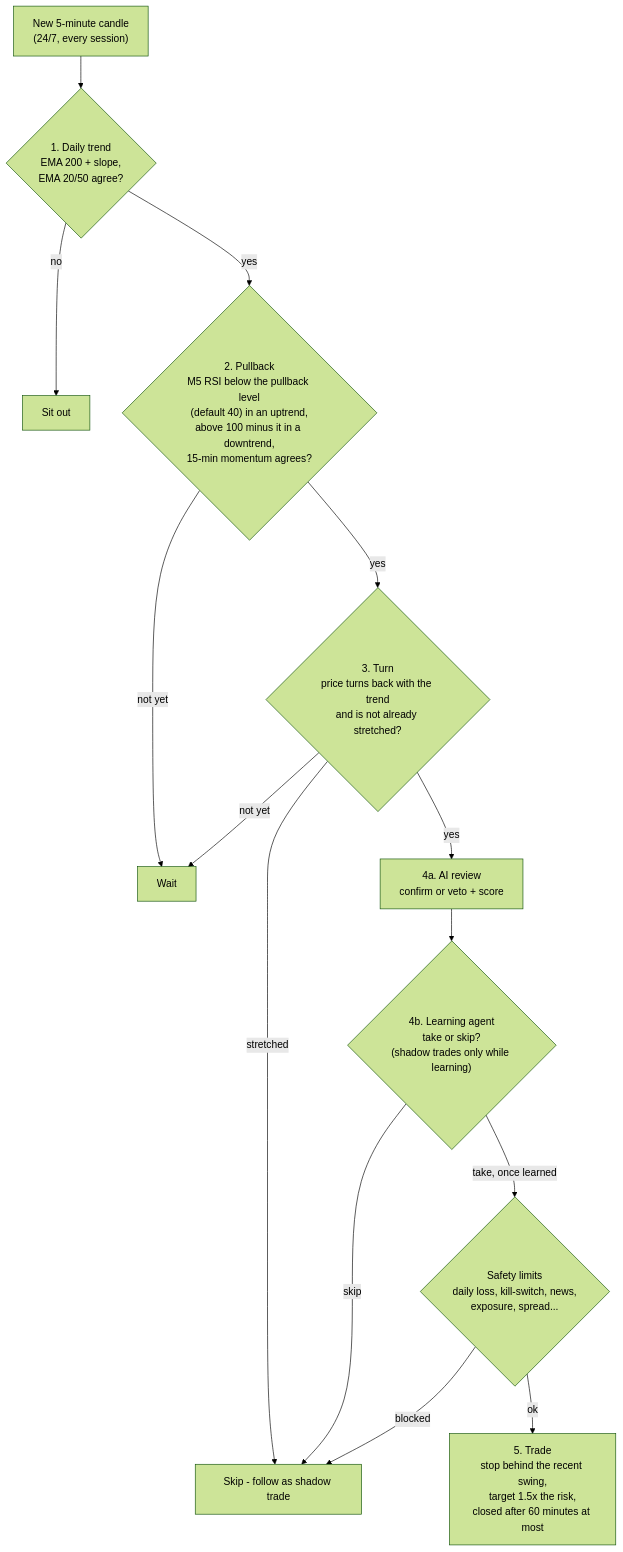
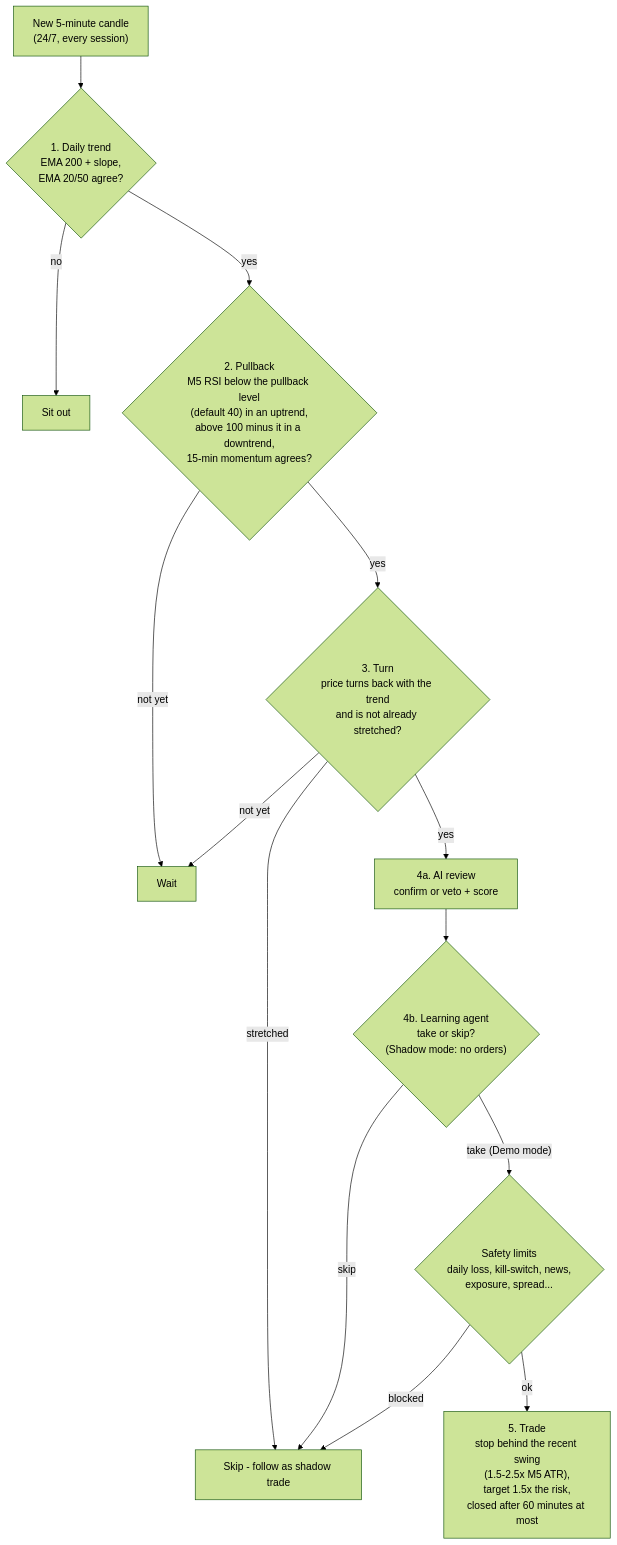
One commit to Hassnain829/Trading-Agent- changed the first of 3 diagrams in README.md. Above: the diagram before and after it, drawn with Mermaid (forest theme). The commit also changed other lines of this file and 29 other files, not shown here.

````diff
--- a/README.md
+++ b/README.md
@@ -62,16 +62,16 @@
 ```mermaid
 flowchart TD
     A["New 5-minute candle<br/>(24/7, every session)"] --> B{"1. Daily trend<br/>EMA 200 + slope,<br/>EMA 20/50 agree?"}
     B -- no --> X1["Sit out"]
     B -- yes --> C{"2. Pullback<br/>M5 RSI below the pullback level<br/>(default 40) in an uptrend,<br/>above 100 minus it in a downtrend,<br/>15-min momentum agrees?"}
     C -- not yet --> X2["Wait"]
     C -- yes --> D{"3. Turn<br/>price turns back with the trend<br/>and is not already stretched?"}
     D -- not yet --> X2
     D -- stretched --> S1["Skip - follow as shadow trade"]
     D -- yes --> E["4a. AI review<br/>confirm or veto + score"]
-    E --> G{"4b. Learning agent<br/>take or skip?<br/>(shadow trades only while learning)"}
+    E --> G{"4b. Learning agent<br/>take or skip?<br/>(Shadow mode: no orders)"}
     G -- skip --> S1
-    G -- take, once learned --> R{"Safety limits<br/>daily loss, kill-switch, news,<br/>exposure, spread..."}
+    G -- take (Demo mode) --> R{"Safety limits<br/>daily loss, kill-switch, news,<br/>exposure, spread..."}
     R -- blocked --> S1
-    R -- ok --> T["5. Trade<br/>stop behind the recent swing,<br/>target 1.5x the risk,<br/>closed after 60 minutes at most"]
+    R -- ok --> T["5. Trade<br/>stop behind the recent swing<br/>(1.5-2.5x M5 ATR),<br/>target 1.5x the risk,<br/>closed after 60 minutes at most"]
 ```
````
